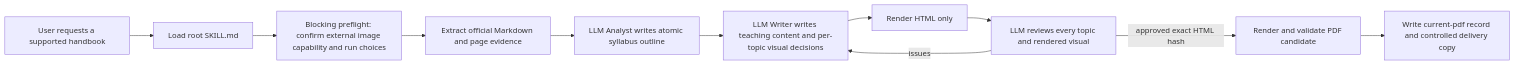
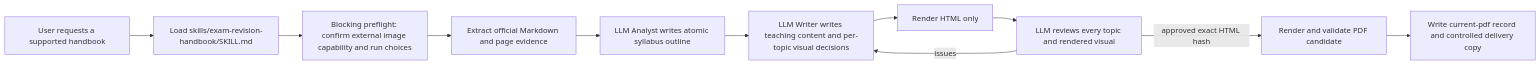
The first of 2 diagrams in docs/SKILL_EXPLAINED.md (mianbaofang/exam-revision-handbook), drawn with Mermaid before and after one commit. The commit also changed other lines of this file and 139 other files, not shown here.

Commit message:
release: publish exam revision handbook v0.7.3

````diff
--- a/docs/SKILL_EXPLAINED.md
+++ b/docs/SKILL_EXPLAINED.md
@@ -24,13 +25,13 @@
 ```mermaid
 flowchart LR
-  A["User requests a supported handbook"] --> B["Load root SKILL.md"]
+  A["User requests a supported handbook"] --> B["Load skills/exam-revision-handbook/SKILL.md"]
   B --> C["Blocking preflight: confirm external image capability and run choices"]
   C --> D["Extract official Markdown and page evidence"]
   D --> E["LLM Analyst writes atomic syllabus outline"]
   E --> F["LLM Writer writes teaching content and per-topic visual decisions"]
   F --> G["Render HTML only"]
   G --> H["LLM reviews every topic and rendered visual"]
   H -->|"issues"| F
   H -->|"approved exact HTML hash"| I["Render and validate PDF candidate"]
   I --> J["Write current-pdf record and controlled delivery copy"]
 ```
````
